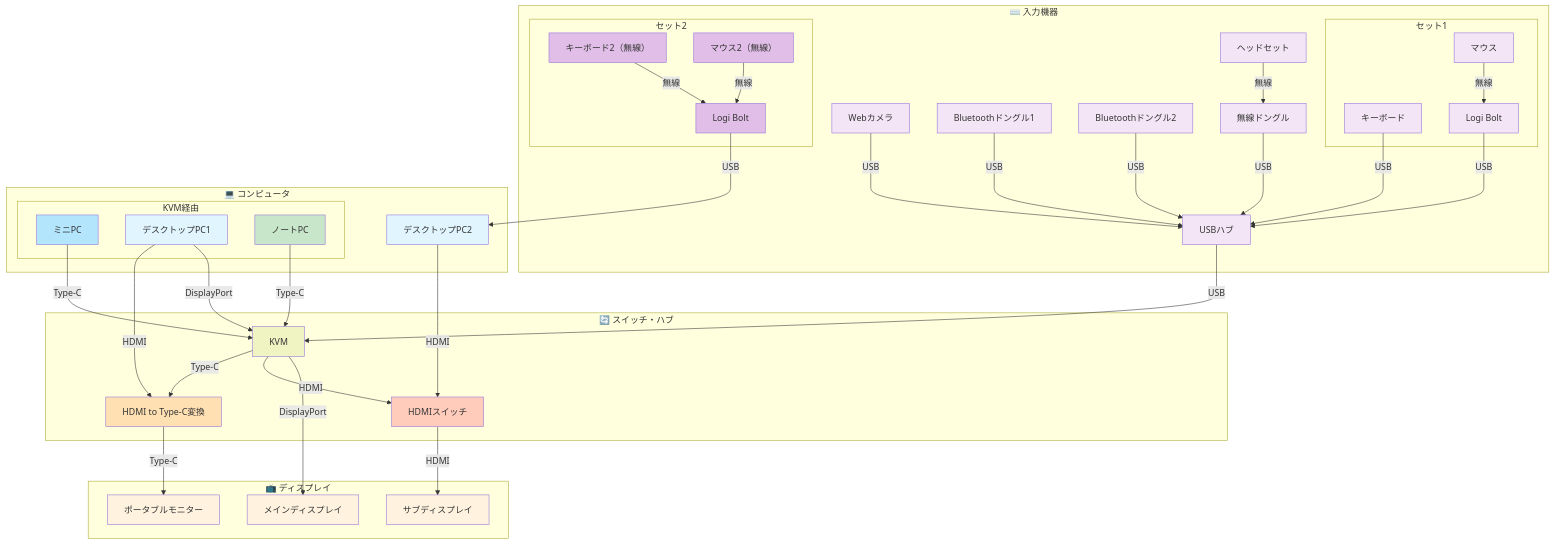
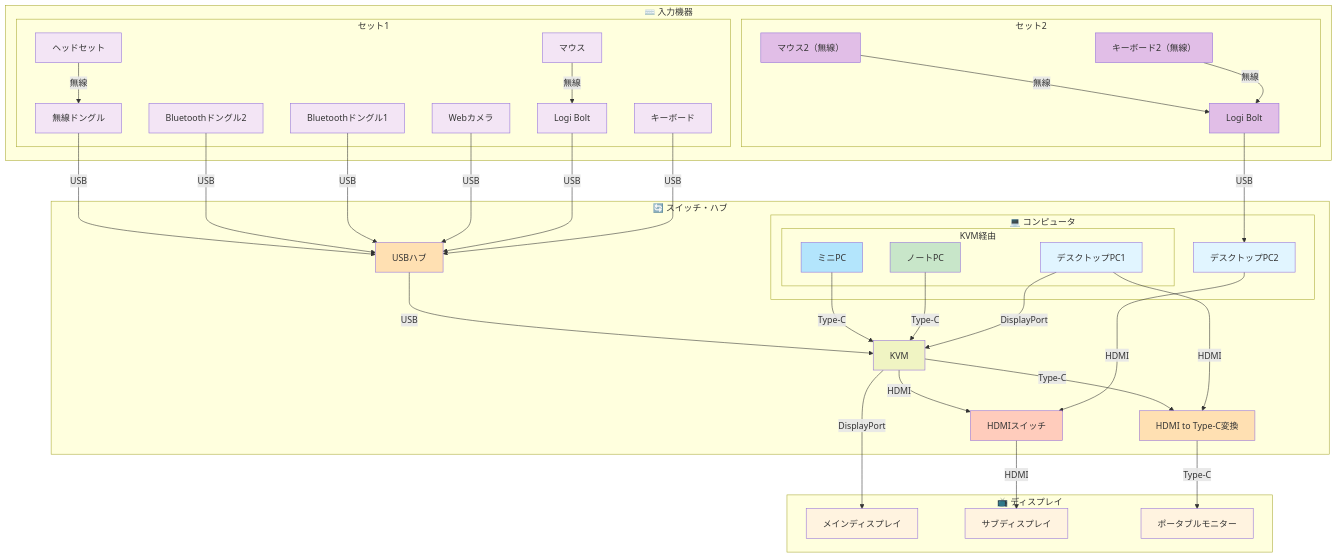
One commit to nuitsjp/MyEnvironments changed the diagram in デスク設計.md. Above: the diagram before and after it, drawn with Mermaid.

Commit message:
接続図の入力機器を整理し、セット1に必要なデバイスを追加。スイッチ・ハブの構成を更新し、デバイス一覧の表記を修正。

````diff
--- a/デスク設計.md
+++ b/デスク設計.md
@@ -5,17 +5,15 @@
 ```mermaid
 graph TB
     subgraph INPUT["⌨️ 入力機器"]
-        WEBCAM["Webカメラ"]
-        HEADSET["ヘッドセット"]
-        WSDONGLE["無線ドングル"]
-        USBHUB["USBハブ"]
-        BT1["Bluetoothドングル1"]
-        BT2["Bluetoothドングル2"]
-
         subgraph SET1["セット1"]
             KB["キーボード"]
             MOUSE["マウス"]
             LOGIBOLT1["Logi Bolt"]
+            WEBCAM["Webカメラ"]
+            HEADSET["ヘッドセット"]
+            WSDONGLE["無線ドングル"]
+            BT1["Bluetoothドングル1"]
+            BT2["Bluetoothドングル2"]
         end
 
         subgraph SET2["セット2"]
@@ -25,23 +23,23 @@
         end
     end
 
-    INPUT ~~~ COMPUTERS
     INPUT ~~~ SWITCH
-
-    subgraph COMPUTERS["💻 コンピュータ"]
-        PC2["デスクトップPC2"]
-
-        subgraph PC["KVM経由"]
-            MINIPC["ミニPC"]
-            PC1["デスクトップPC1"]
-            NOTEBOOK["ノートPC"]
-        end
-    end
 
     subgraph SWITCH["🔄 スイッチ・ハブ"]
         KVM["KVM"]
         HUB1["HDMI to Type-C変換"]
         HDMISW["HDMIスイッチ"]
+        USBHUB["USBハブ"]
+
+        subgraph COMPUTERS["💻 コンピュータ"]
+            PC2["デスクトップPC2"]
+
+            subgraph PC["KVM経由"]
+                MINIPC["ミニPC"]
+                PC1["デスクトップPC1"]
+                NOTEBOOK["ノートPC"]
+            end
+        end
     end
 
     subgraph DISPLAYS["📺 ディスプレイ"]
@@ -89,6 +87,7 @@
     style KVM fill:#f0f4c3
     style HUB1 fill:#ffe0b2
     style HDMISW fill:#ffccbc
+    style USBHUB fill:#ffe0b2
     style BT1 fill:#f3e5f5
     style BT2 fill:#f3e5f5
     style DIS1 fill:#fff3e0
@@ -99,7 +98,6 @@
     style WEBCAM fill:#f3e5f5
     style HEADSET fill:#f3e5f5
     style WSDONGLE fill:#f3e5f5
-    style USBHUB fill:#f3e5f5
     style KB2 fill:#e1bee7
     style MOUSE2 fill:#e1bee7
     style LOGIBOLT fill:#e1bee7
````
